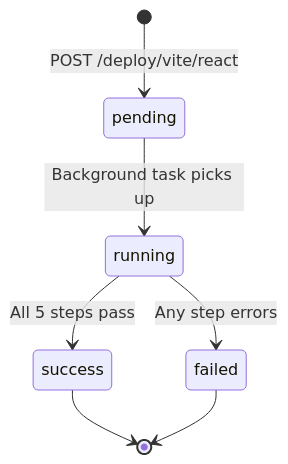
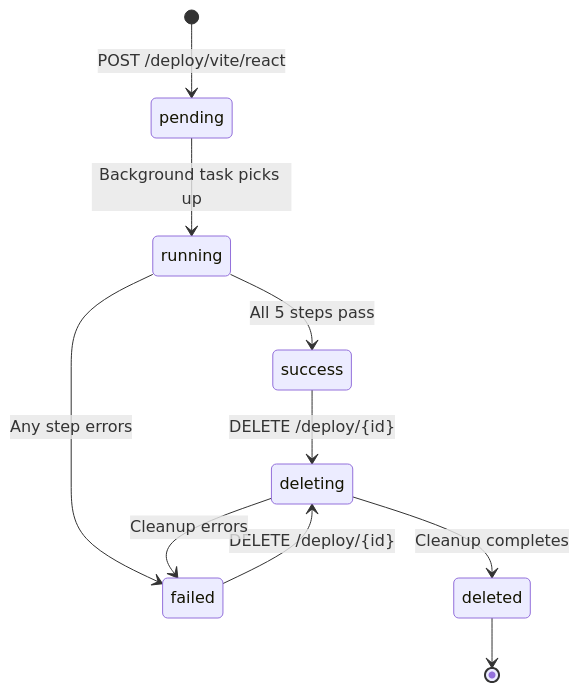
One commit to Dev-Saurabh-K/deployCode changed the second of 2 diagrams in api_documentation.md. Above: the diagram before and after it, drawn with Mermaid. The commit also changed other lines of this file and 1 other file, not shown here.

Commit message:
feat: enhance deployment process with auto-assigned ports and update request schema

````diff
--- a/api_documentation.md
+++ b/api_documentation.md
@@ -507,9 +765,12 @@
 ```mermaid
 stateDiagram-v2
     [*] --> pending: POST /deploy/vite/react
     pending --> running: Background task picks up
     running --> success: All 5 steps pass
     running --> failed: Any step errors
-    success --> [*]
-    failed --> [*]
+    success --> deleting: DELETE /deploy/{id}
+    failed --> deleting: DELETE /deploy/{id}
+    deleting --> deleted: Cleanup completes
+    deleting --> failed: Cleanup errors
+    deleted --> [*]
 ```
````
